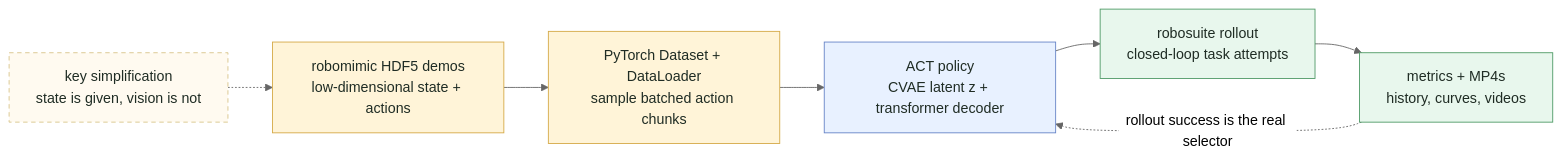
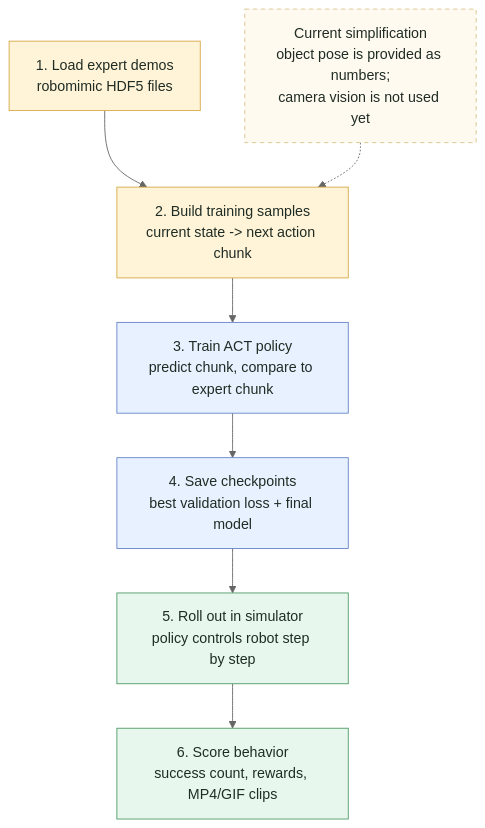
The first of 2 diagrams in README.md (danhussey/act_implementation), drawn with Mermaid (neutral theme) before and after one commit. The commit also changed other lines of this file and 5 other files, not shown here.

````diff
--- a/README.md
+++ b/README.md
@@ -16,23 +24,23 @@
 ```mermaid
-flowchart LR
-    data["robomimic HDF5 demos<br/>low-dimensional state + actions"]
-    loader["PyTorch Dataset + DataLoader<br/>sample batched action chunks"]
-    policy["ACT policy<br/>CVAE latent z + transformer decoder"]
-    rollout["robosuite rollout<br/>closed-loop task attempts"]
-    artifacts["metrics + MP4s<br/>history, curves, videos"]
-    note["key simplification<br/>state is given, vision is not"]
+flowchart TD
+    demos["1. Load expert demos<br/>robomimic HDF5 files"]
+    samples["2. Build training samples<br/>current state -> next action chunk"]
+    train["3. Train ACT policy<br/>predict chunk, compare to expert chunk"]
+    checkpoints["4. Save checkpoints<br/>best validation loss + final model"]
+    rollout["5. Roll out in simulator<br/>policy controls robot step by step"]
+    score["6. Score behavior<br/>success count, rewards, MP4/GIF clips"]
+    note["Current simplification<br/>object pose is provided as numbers;<br/>camera vision is not used yet"]
 
-    data --> loader --> policy --> rollout --> artifacts
-    note -.-> data
-    artifacts -. "rollout success is the real selector" .-> policy
+    demos --> samples --> train --> checkpoints --> rollout --> score
+    note -.-> samples
 
-    classDef input fill:#fff4d8,stroke:#d5a947,color:#1f2c24
+    classDef data fill:#fff4d8,stroke:#d5a947,color:#1f2c24
     classDef model fill:#e8f1ff,stroke:#6684c7,color:#1f2c24
     classDef eval fill:#e8f7ed,stroke:#4f9a66,color:#1f2c24
     classDef callout fill:#fffaf0,stroke:#d8c58a,color:#1f2c24,stroke-dasharray:5 4
 
-    class data,loader input
-    class policy model
-    class rollout,artifacts eval
+    class demos,samples data
+    class train,checkpoints model
+    class rollout,score eval
     class note callout
 ```
````
